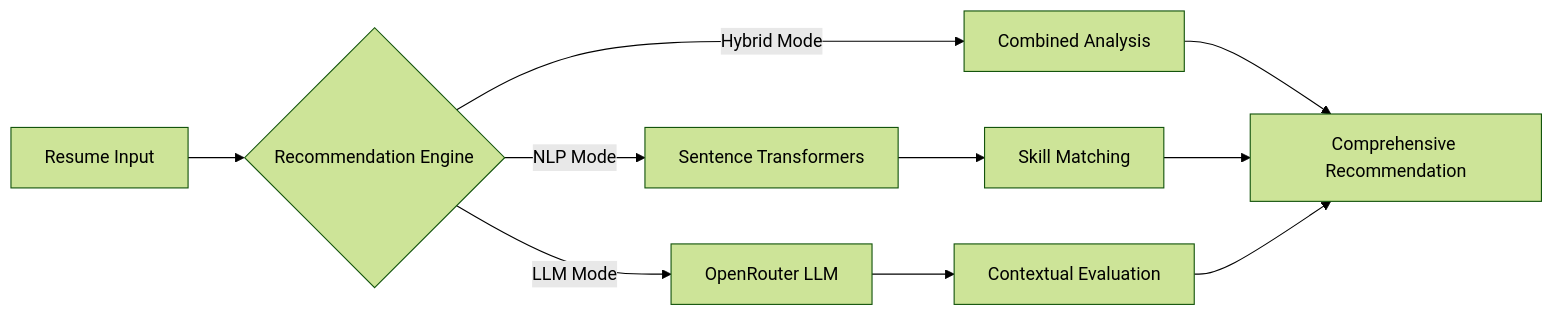
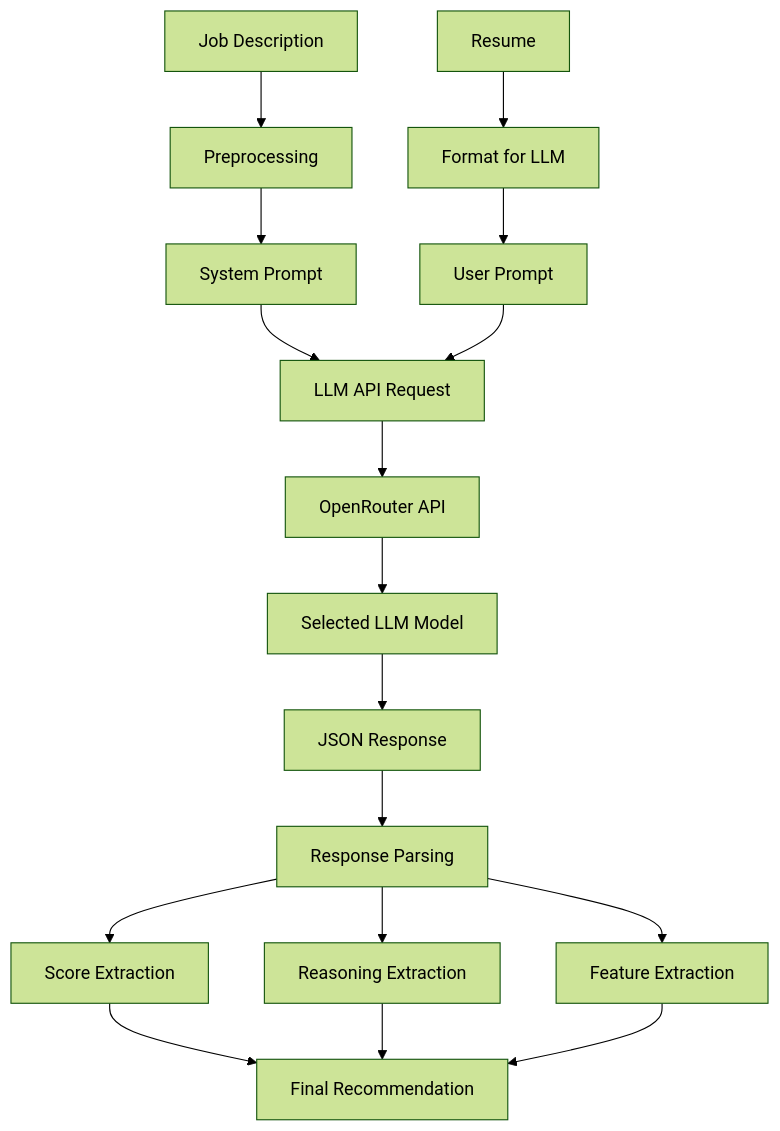
The eighth of 11 diagrams in PROJECT_REPORT.md (hassen05/CareerReco), drawn with Mermaid (forest theme) before and after one commit. The commit also changed other lines of this file and 3 other files, not shown here.

````diff
--- a/PROJECT_REPORT.md
+++ b/PROJECT_REPORT.md
@@ -211,12 +481,24 @@
 ```mermaid
-graph LR
-    A[Resume Input] --> B{Recommendation Engine}
-    B -->|NLP Mode| C[Sentence Transformers]
-    B -->|LLM Mode| D[OpenRouter LLM]
-    B -->|Hybrid Mode| E[Combined Analysis]
-    C --> F[Skill Matching]
-    D --> G[Contextual Evaluation]
-    E --> H[Comprehensive Recommendation]
-    F --> H
-    G --> H
+graph TD
+    A[Job Description] --> B[Preprocessing]
+    C[Resume] --> D[Format for LLM]
+    
+    B --> E[System Prompt]
+    D --> F[User Prompt]
+    
+    E --> G[LLM API Request]
+    F --> G
+    
+    G --> H[OpenRouter API]
+    H --> I[Selected LLM Model]
+    I --> J[JSON Response]
+    
+    J --> K[Response Parsing]
+    K --> L[Score Extraction]
+    K --> M[Reasoning Extraction]
+    K --> N[Feature Extraction]
+    
+    L --> O[Final Recommendation]
+    M --> O
+    N --> O
 ```
````
